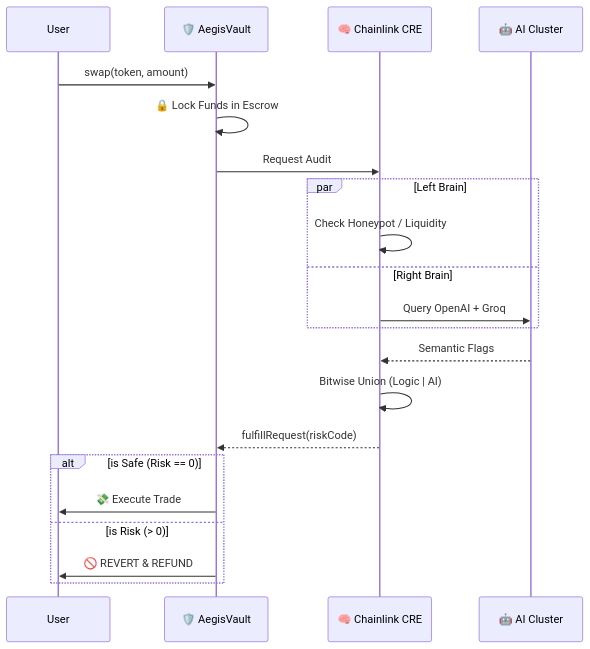
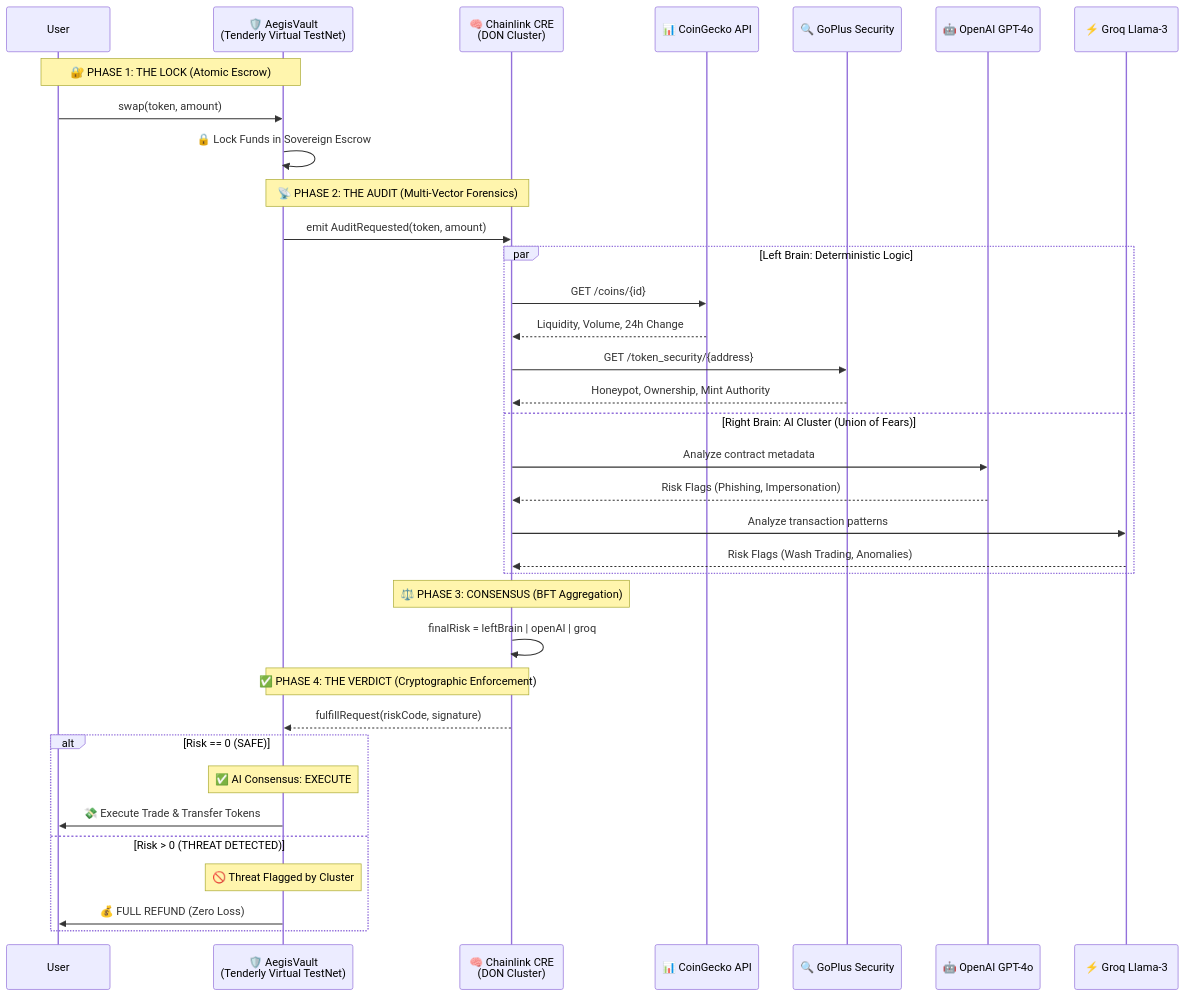
One commit to vjb/aegis-risk-orace changed the diagram in README.md. Above: the diagram before and after it, drawn with Mermaid. The commit also changed other lines of this file, not shown here.

Commit message:
docs: enhanced mermaid diagram with external APIs, phases, and Tenderly focus
- Added external data sources: CoinGecko, GoPlus, OpenAI, Groq
- Labeled 4 phases: Lock, Audit, Consensus, Verdict
- Emphasized Tenderly Virtual TestNet deployment
- Replaced Anvil references with Tenderly
- Shows complete multi-vector forensics flow

````diff
--- a/README.md
+++ b/README.md
@@ -88,29 +88,43 @@
 ```mermaid
 sequenceDiagram
     participant User
-    participant Vault as 🛡️ AegisVault
-    participant CRE as 🧠 Chainlink CRE
-    participant Models as 🤖 AI Cluster
+    participant Vault as 🛡️ AegisVault<br/>(Tenderly Virtual TestNet)
+    participant CRE as 🧠 Chainlink CRE<br/>(DON Cluster)
+    participant CoinGecko as 📊 CoinGecko API
+    participant GoPlus as 🔍 GoPlus Security
+    participant OpenAI as 🤖 OpenAI GPT-4o
+    participant Groq as ⚡ Groq Llama-3
 
+    Note over User,Vault: 🔐 PHASE 1: THE LOCK (Atomic Escrow)
     User->>Vault: swap(token, amount)
-    Vault->>Vault: 🔒 Lock Funds in Escrow
+    Vault->>Vault: 🔒 Lock Funds in Sovereign Escrow
     
-    Vault->>CRE: Request Audit
+    Note over Vault,CRE: 📡 PHASE 2: THE AUDIT (Multi-Vector Forensics)
+    Vault->>CRE: emit AuditRequested(token, amount)
     
-    par Left Brain
-        CRE->>CRE: Check Honeypot / Liquidity
-    and Right Brain
-        CRE->>Models: Query OpenAI + Groq
+    par Left Brain: Deterministic Logic
+        CRE->>CoinGecko: GET /coins/{id}
+        CoinGecko-->>CRE: Liquidity, Volume, 24h Change
+        CRE->>GoPlus: GET /token_security/{address}
+        GoPlus-->>CRE: Honeypot, Ownership, Mint Authority
+    and Right Brain: AI Cluster (Union of Fears)
+        CRE->>OpenAI: Analyze contract metadata
+        OpenAI-->>CRE: Risk Flags (Phishing, Impersonation)
+        CRE->>Groq: Analyze transaction patterns
+        Groq-->>CRE: Risk Flags (Wash Trading, Anomalies)
     end
     
-    Models-->>CRE: Semantic Flags
-    CRE->>CRE: Bitwise Union (Logic | AI)
+    Note over CRE: ⚖️ PHASE 3: CONSENSUS (BFT Aggregation)
+    CRE->>CRE: finalRisk = leftBrain | openAI | groq
     
-    CRE-->>Vault: fulfillRequest(riskCode)
+    Note over CRE,Vault: ✅ PHASE 4: THE VERDICT (Cryptographic Enforcement)
+    CRE-->>Vault: fulfillRequest(riskCode, signature)
     
-    alt is Safe (Risk == 0)
-        Vault->>User: 💸 Execute Trade
-    else is Risk (> 0)
-        Vault->>User: 🚫 REVERT & REFUND
+    alt Risk == 0 (SAFE)
+        Note over Vault: ✅ AI Consensus: EXECUTE
+        Vault->>User: 💸 Execute Trade & Transfer Tokens
+    else Risk > 0 (THREAT DETECTED)
+        Note over Vault: 🚫 Threat Flagged by Cluster
+        Vault->>User: 💰 FULL REFUND (Zero Loss)
     end
 ```
````
